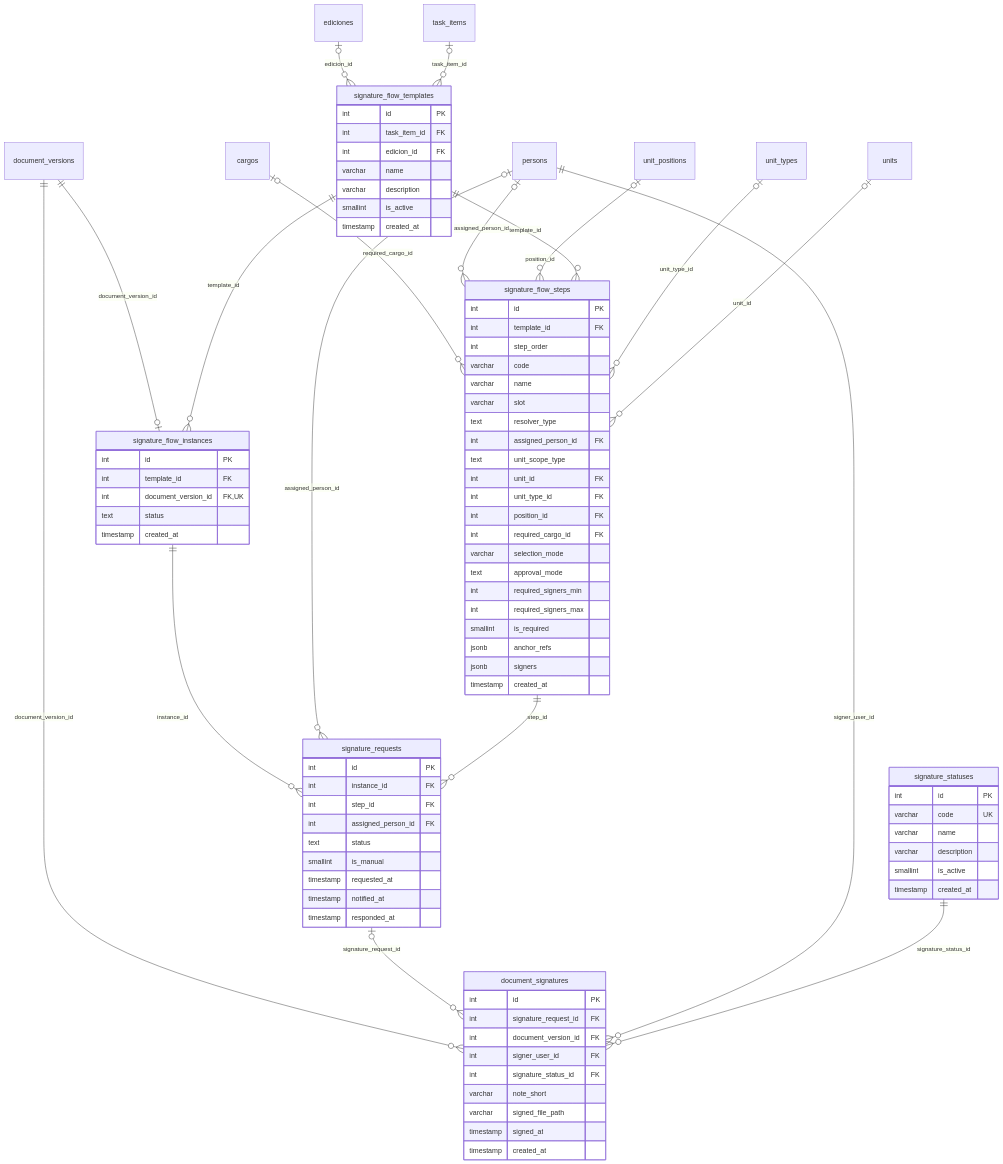
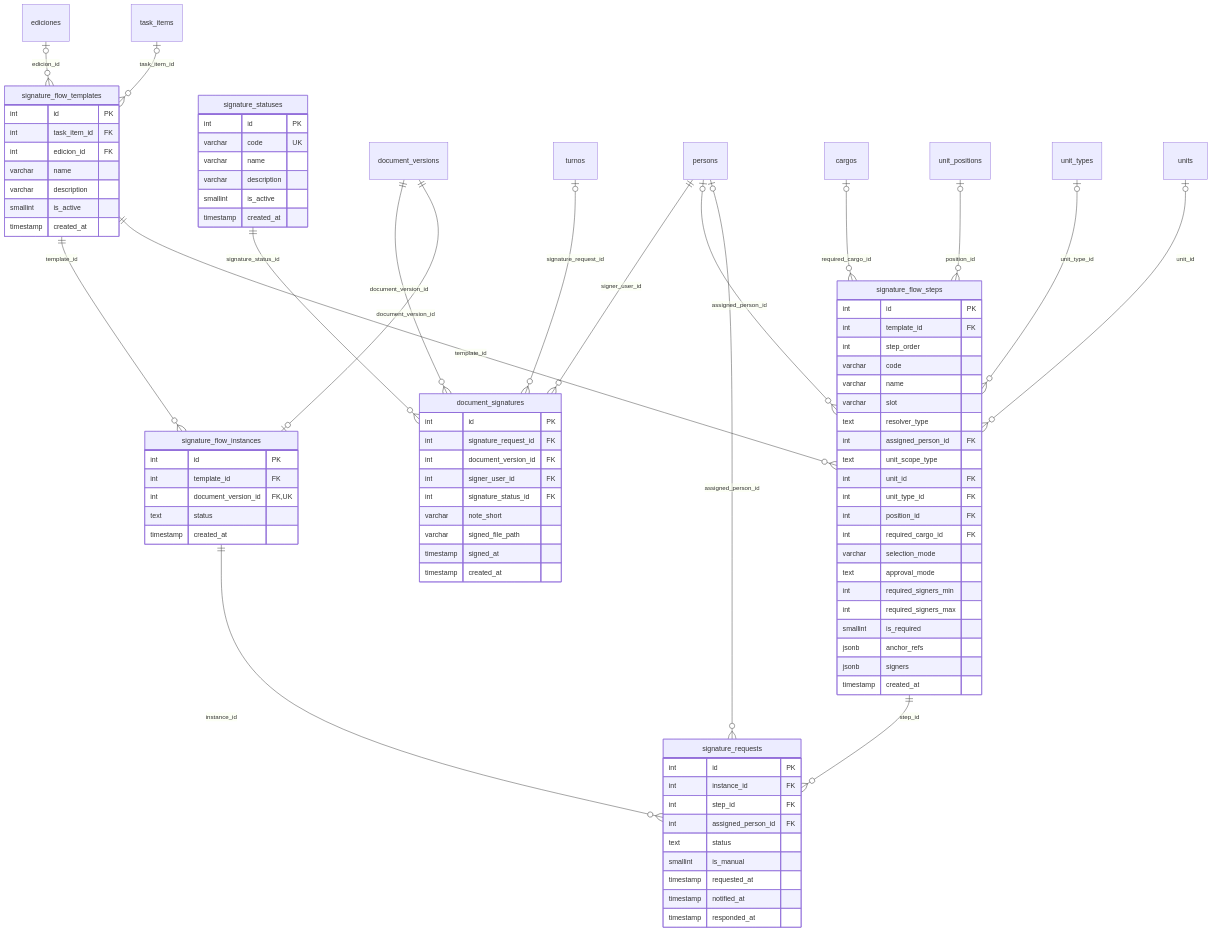
The ninth of 10 diagrams in docs/src/content/docs/modelo/mapa-con-campos.md (fresvel/deasy), drawn with Mermaid before and after one commit. The commit also changed other lines of this file and 50 other files, not shown here.

```diff
--- a/docs/src/content/docs/modelo/mapa-con-campos.md
+++ b/docs/src/content/docs/modelo/mapa-con-campos.md
@@ -686,7 +686,7 @@
     timestamp created_at
   }
   document_versions ||--o{ document_signatures : "document_version_id"
-  signature_requests |o--o{ document_signatures : "signature_request_id"
+  turnos |o--o{ document_signatures : "signature_request_id"
   persons ||--o{ document_signatures : "signer_user_id"
   signature_statuses ||--o{ document_signatures : "signature_status_id"
   document_versions ||--o| signature_flow_instances : "document_version_id"
```
